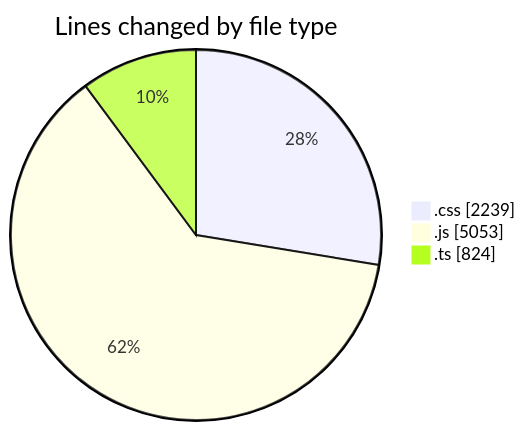
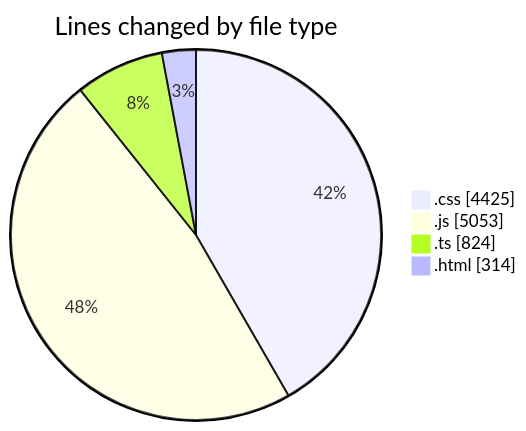
One commit to tmsrecording-cyber/code-tracking changed the first of 2 diagrams in 2026-04-24/darkwire/README.md. Above: the diagram before and after it, drawn with Mermaid. The commit also changed other lines of this file and 1 other file, not shown here.

````diff
--- a/2026-04-24/darkwire/README.md
+++ b/2026-04-24/darkwire/README.md
@@ -30,7 +36,8 @@
 ```mermaid
 pie showData
 title Lines changed by file type
-".css" : 2239
+".css" : 4425
 ".js" : 5053
 ".ts" : 824
+".html" : 314
 ```
````
